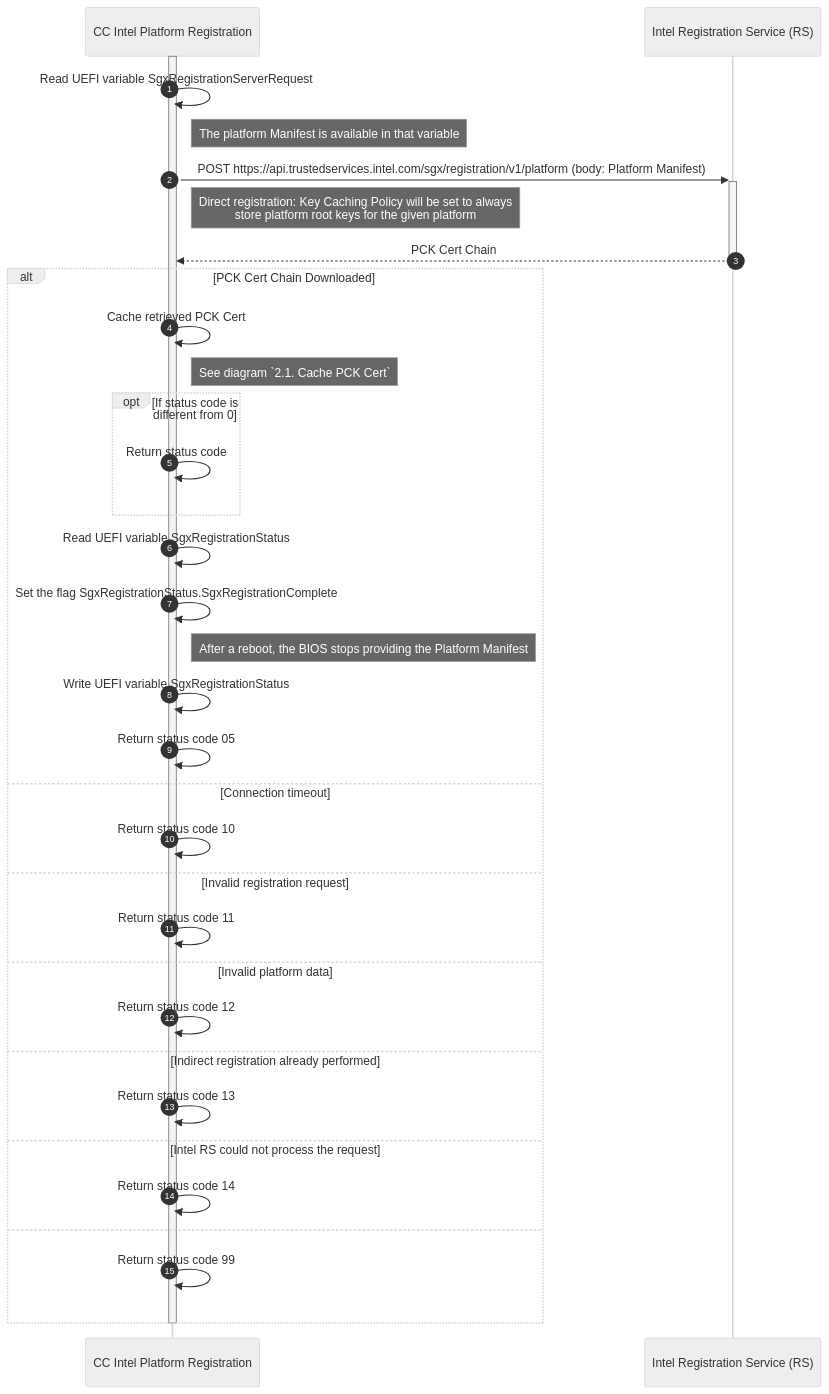
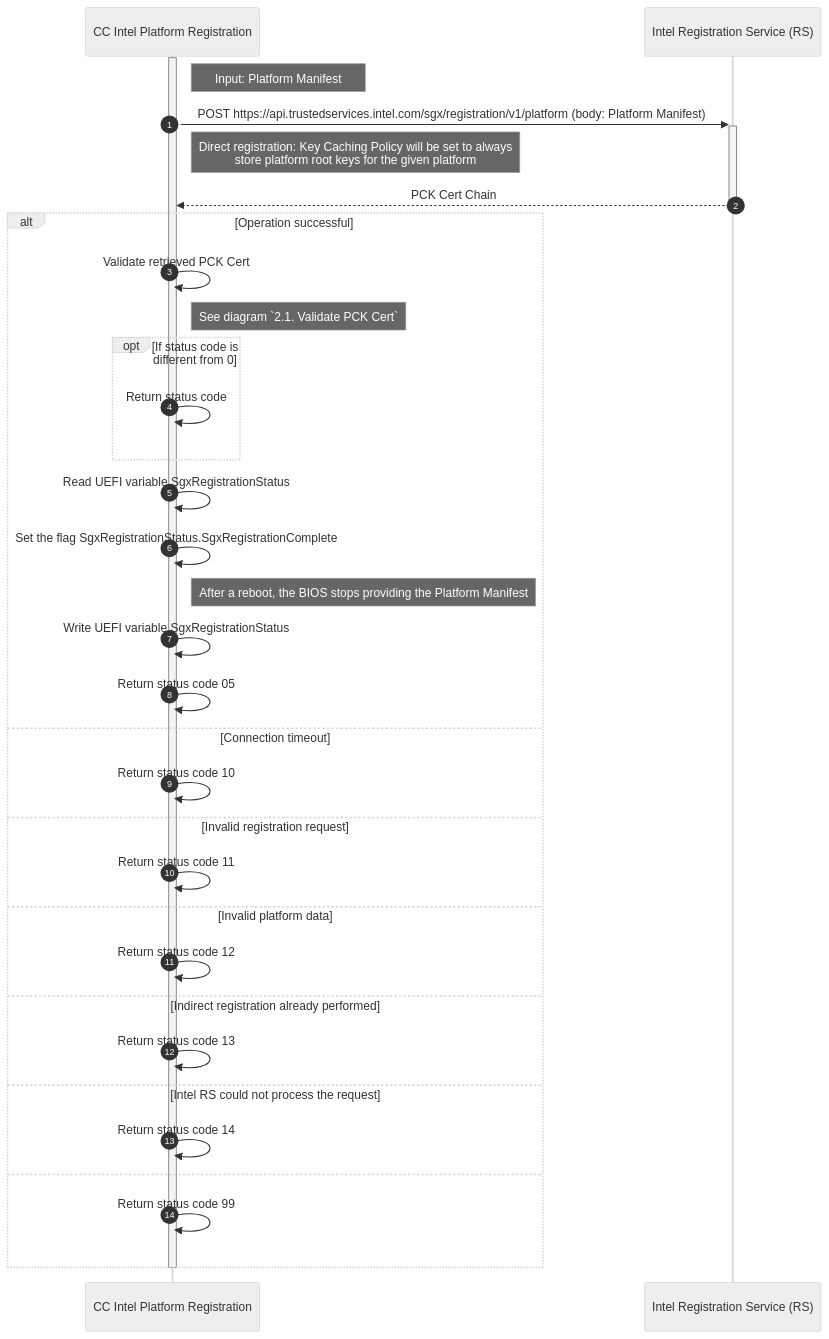
Before and after one commit to opensovereigncloud/cc-intel-platform-registration: the fourth of 4 diagrams in docs/sequence_diagrams/registration.md, drawn with Mermaid (neutral theme). The commit also changed other lines of this file, not shown here.

````diff
--- a/docs/sequence_diagrams/registration.md
+++ b/docs/sequence_diagrams/registration.md
@@ -166,48 +168,46 @@
 ```mermaid
 sequenceDiagram
     participant cc_ipr as CC Intel Platform Registration
     participant rs as Intel Registration Service (RS)
 
     autonumber
 
     activate cc_ipr
-    
-    cc_ipr->>cc_ipr: Read UEFI variable SgxRegistrationServerRequest
-    note right of cc_ipr: The platform Manifest is available in that variable
+    note right of cc_ipr: Input: Platform Manifest
 
     cc_ipr->>+rs: POST https://api.trustedservices.intel.com/sgx/registration/v1/platform (body: Platform Manifest)
-        note right of cc_ipr: Direct registration: Key Caching Policy will be set to always<br> store platform root keys for the given platform 
+        note right of cc_ipr: Direct registration: Key Caching Policy will be set to always<br> store platform root keys for the given platform
     rs-->>-cc_ipr: PCK Cert Chain
     
-    Alt PCK Cert Chain Downloaded
-        cc_ipr->>cc_ipr: Cache retrieved PCK Cert
-        note right of cc_ipr: See diagram `2.1. Cache PCK Cert`
+    Alt Operation successful
+        cc_ipr->>cc_ipr: Validate retrieved PCK Cert
+        note right of cc_ipr: See diagram `2.1. Validate PCK Cert`
 
         opt If status code is different from 0
             cc_ipr->>cc_ipr: Return status code
         end
 
         cc_ipr->>cc_ipr: Read UEFI variable SgxRegistrationStatus
 
         cc_ipr->>cc_ipr: Set the flag SgxRegistrationStatus.SgxRegistrationComplete
         note right of cc_ipr: After a reboot, the BIOS stops providing the Platform Manifest 
 
         cc_ipr->>cc_ipr: Write UEFI variable SgxRegistrationStatus
 
         cc_ipr->>cc_ipr: Return status code 05
     Else Connection timeout
         cc_ipr->>cc_ipr: Return status code 10
     Else Invalid registration request
         cc_ipr->>cc_ipr: Return status code 11
     Else Invalid platform data
         cc_ipr->>cc_ipr: Return status code 12
     Else Indirect registration already performed
         cc_ipr->>cc_ipr: Return status code 13
     Else Intel RS could not process the request
         cc_ipr->>cc_ipr: Return status code 14
     Else
         cc_ipr->>cc_ipr: Return status code 99
     End
 
     deactivate cc_ipr
 ```
````
